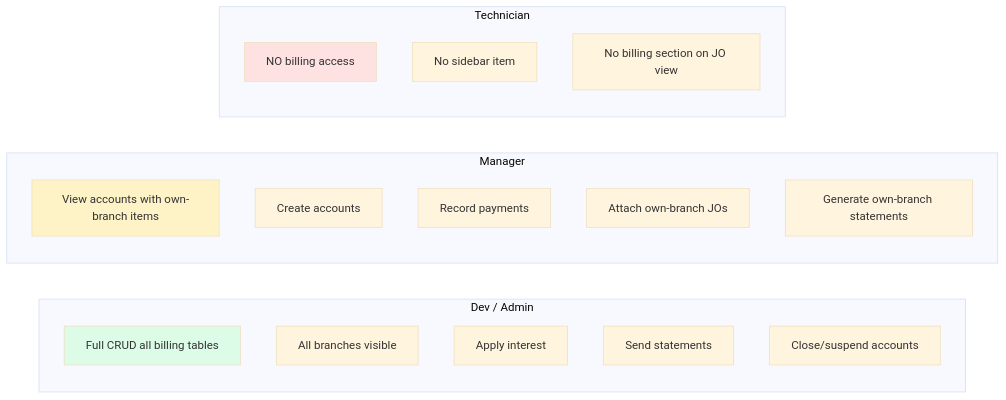
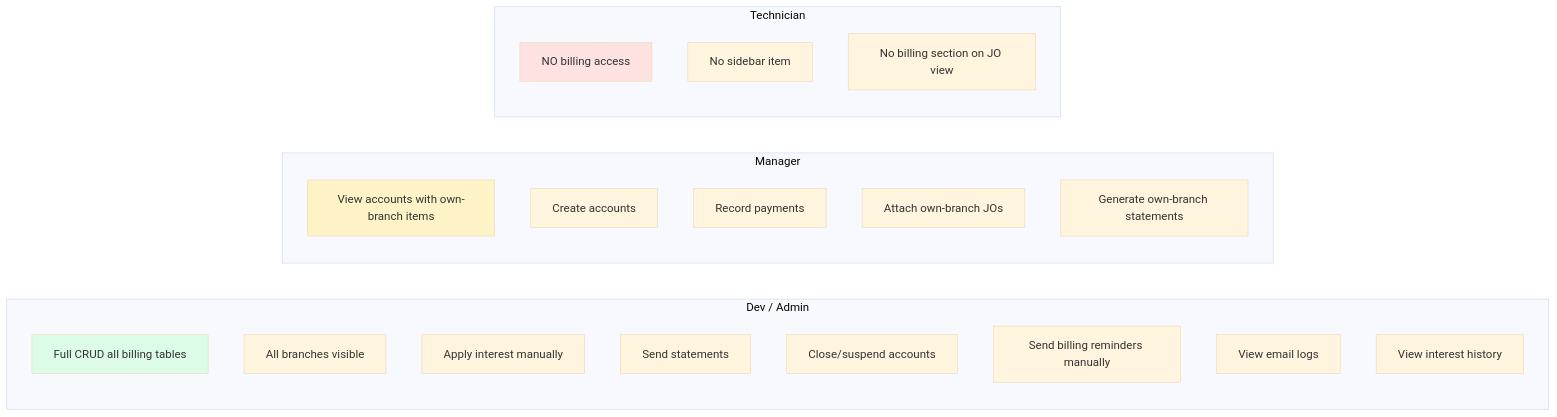
The fourth of 9 diagrams in docs/billing-system-workflow.md (finnsatoshi03/rms-avisha-web-system), drawn with Mermaid (base theme) before and after one commit. The commit also changed other lines of this file and 14 other files, not shown here.

First line of the commit message:
feat: implement automated billing features with interest and email logs

````diff
--- a/docs/billing-system-workflow.md
+++ b/docs/billing-system-workflow.md
@@ -196,28 +223,31 @@
 ```mermaid
 flowchart LR
     subgraph "Dev / Admin"
         DA1[Full CRUD all billing tables]
         DA2[All branches visible]
-        DA3[Apply interest]
+        DA3[Apply interest manually]
         DA4[Send statements]
         DA5[Close/suspend accounts]
+        DA6[Send billing reminders manually]
+        DA7[View email logs]
+        DA8[View interest history]
     end
 
     subgraph "Manager"
         M1[View accounts with own-branch items]
         M2[Create accounts]
         M3[Record payments]
         M4[Attach own-branch JOs]
         M5[Generate own-branch statements]
     end
 
     subgraph "Technician"
         T1[NO billing access]
         T2[No sidebar item]
         T3[No billing section on JO view]
     end
 
     style DA1 fill:#dcfce7
     style M1 fill:#fef3c7
     style T1 fill:#fee2e2
 ```
````
